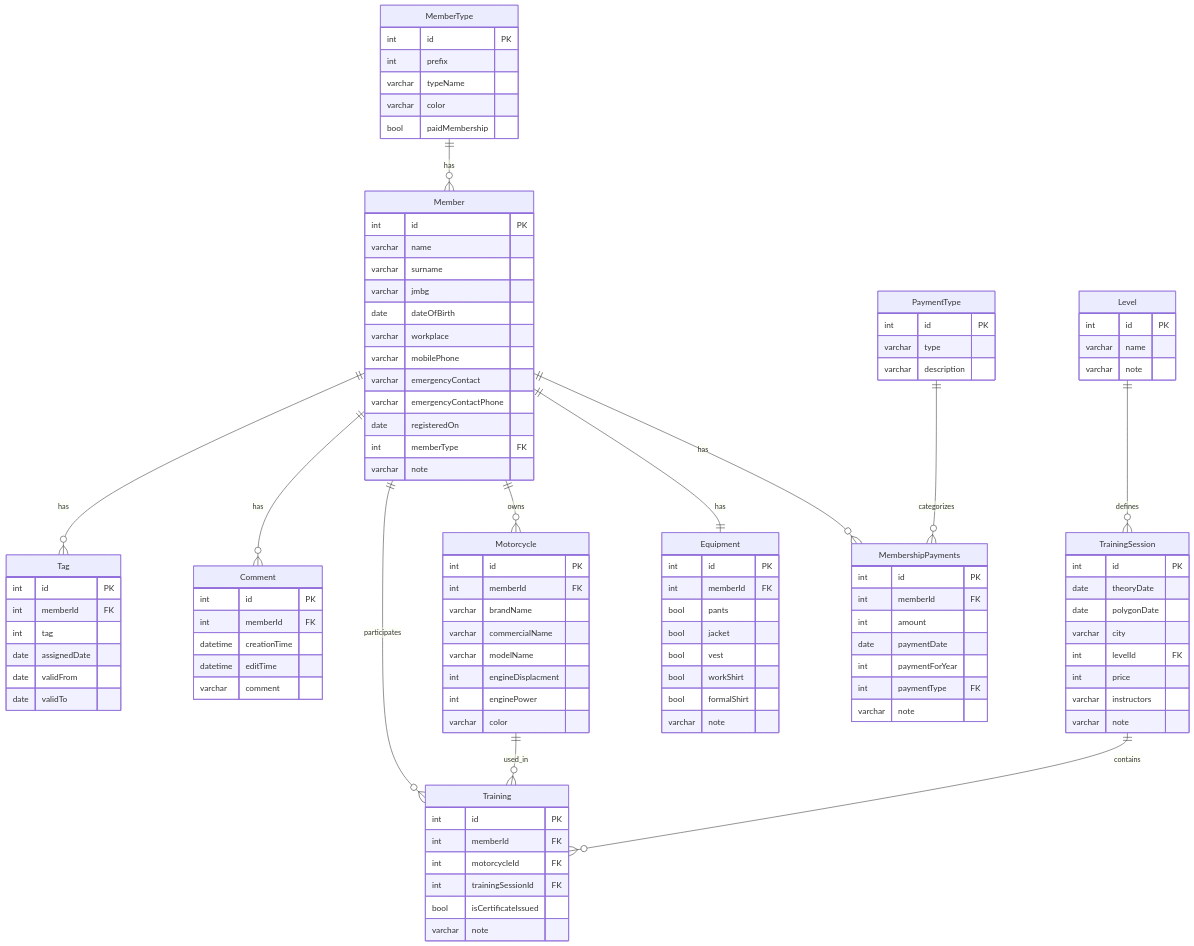
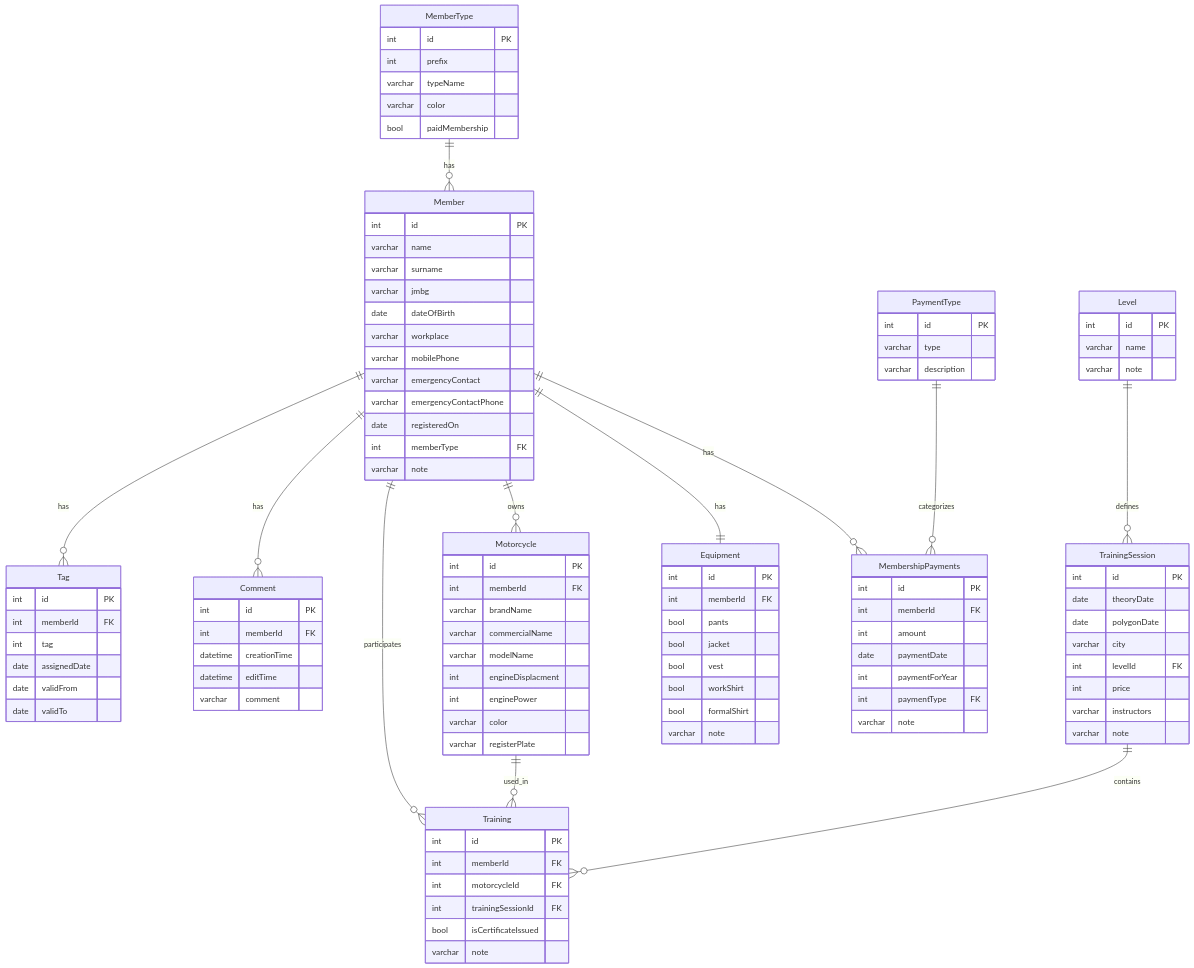
The diagram in database/database-diagram.md (djordjevics/motoklub-bezbednost), drawn with Mermaid before and after one commit. The commit also changed 2 other files, not shown here.

Commit message:
[MB] Adding Motorcycle licence plate

```diff
--- a/database/database-diagram.md
+++ b/database/database-diagram.md
@@ -65,6 +65,7 @@
         int engineDisplacment
         int enginePower
         varchar color
+        varchar registerPlate
     }
 
     TrainingSession {
```
